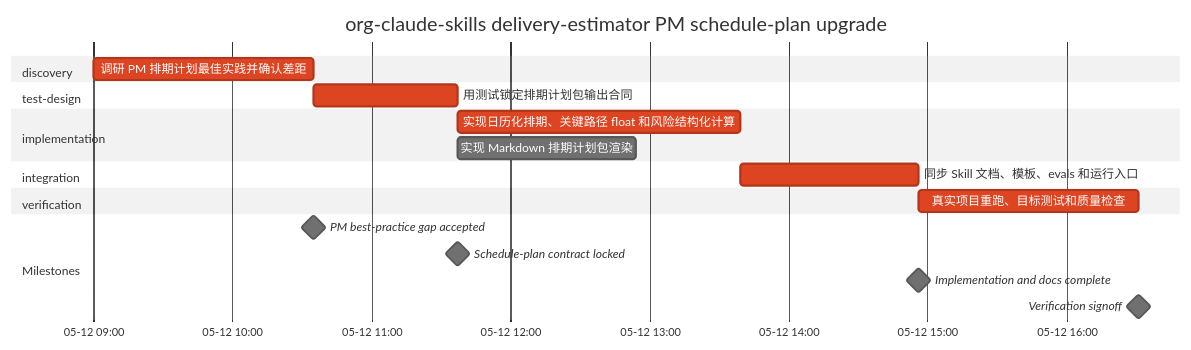
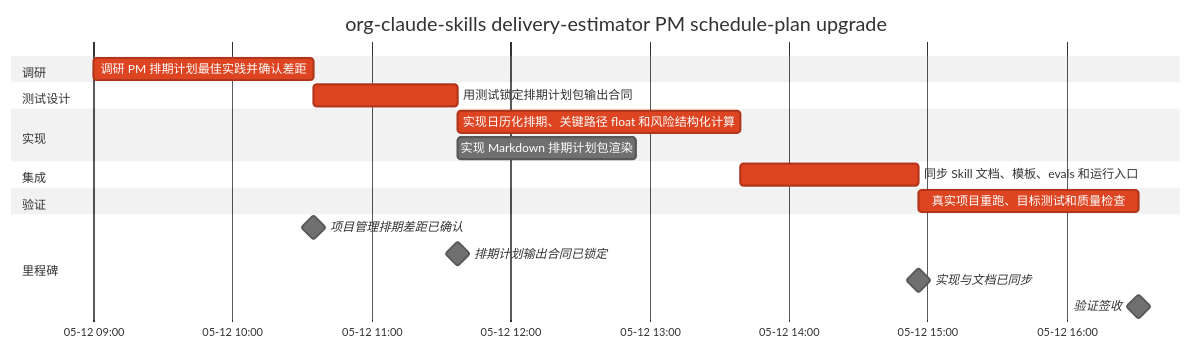
Before and after one commit to jieli-cqwl/org-claude-skills: the diagram in docs/reports/delivery-estimator-real-project-report.md, drawn with Mermaid (neutral theme). The commit also changed other lines of this file and 191 other files, not shown here.

````diff
--- a/docs/reports/delivery-estimator-real-project-report.md
+++ b/docs/reports/delivery-estimator-real-project-report.md
@@ -16,23 +34,23 @@
 ```mermaid
 gantt
   title org-claude-skills delivery-estimator PM schedule-plan upgrade
   dateFormat  YYYY-MM-DD HH:mm
   axisFormat  %m-%d %H:%M
   excludes    weekends
-  section discovery
+  section 调研
   调研 PM 排期计划最佳实践并确认差距 :crit, T1, 2026-05-12 09:00, 95m
-  section test-design
+  section 测试设计
   用测试锁定排期计划包输出合同 :crit, T2, after T1, 62m
-  section implementation
+  section 实现
   实现日历化排期、关键路径 float 和风险结构化计算 :crit, T3, after T2, 122m
   实现 Markdown 排期计划包渲染 :T4, after T2, 77m
-  section integration
+  section 集成
   同步 Skill 文档、模板、evals 和运行入口 :crit, T5, after T3 T4, 77m
-  section verification
+  section 验证
   真实项目重跑、目标测试和质量检查 :crit, T6, after T5, 95m
-  section Milestones
-  PM best-practice gap accepted :milestone, M1, after T1, 0d
-  Schedule-plan contract locked :milestone, M2, after T2, 0d
-  Implementation and docs complete :milestone, M3, after T5, 0d
-  Verification signoff :milestone, M4, after T6, 0d
+  section 里程碑
+  项目管理排期差距已确认 :milestone, M1, after T1, 0d
+  排期计划输出合同已锁定 :milestone, M2, after T2, 0d
+  实现与文档已同步 :milestone, M3, after T5, 0d
+  验证签收 :milestone, M4, after T6, 0d
 ```
````
